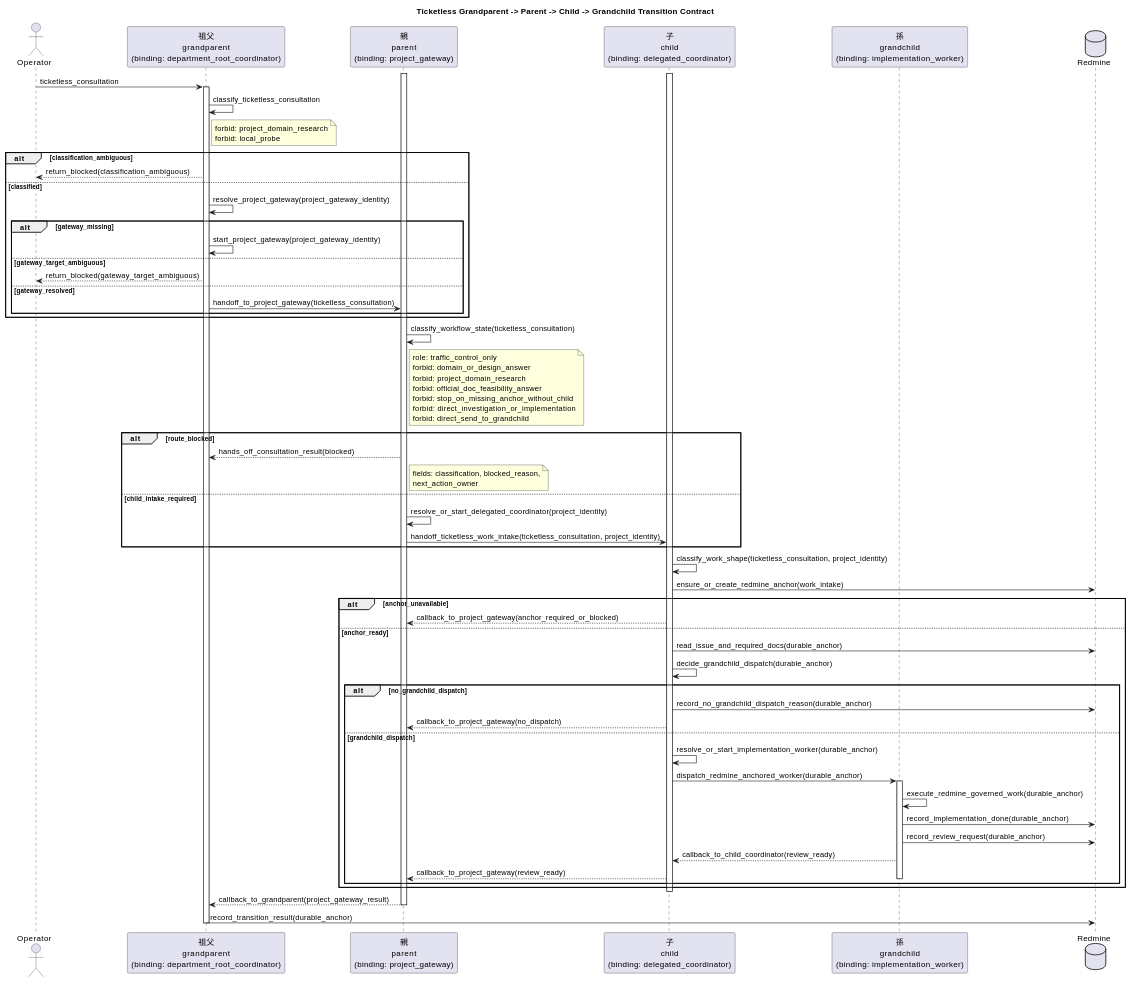
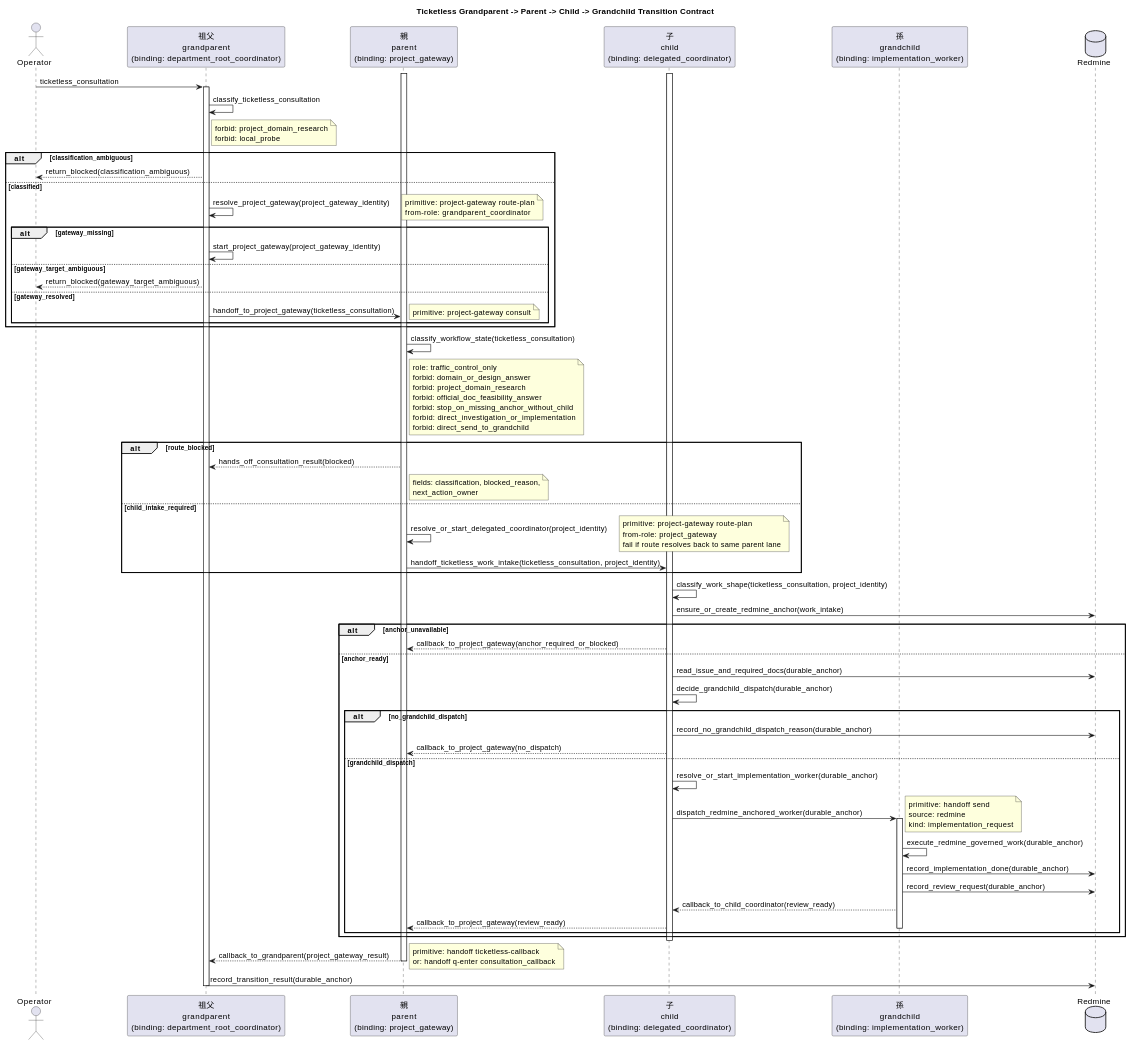
One commit to hollySizzle/mozyo_bridge changed the diagram in vibes/docs/logics/ticketless-project-gateway-runtime-ux.md. Above: the diagram before and after it, drawn with PlantUML. The commit also changed other lines of this file, not shown here.

First line of the commit message:
Fix ticketless gateway primitive contract

```diff
--- a/vibes/docs/logics/ticketless-project-gateway-runtime-ux.md
+++ b/vibes/docs/logics/ticketless-project-gateway-runtime-ux.md
@@ -337,12 +339,19 @@
   Grandparent --> Operator: return_blocked(classification_ambiguous)
 else classified
   Grandparent -> Grandparent: resolve_project_gateway(project_gateway_identity)
+  note right
+    primitive: project-gateway route-plan
+    from-role: grandparent_coordinator
+  end note
   alt gateway_missing
     Grandparent -> Grandparent: start_project_gateway(project_gateway_identity)
   else gateway_target_ambiguous
     Grandparent --> Operator: return_blocked(gateway_target_ambiguous)
   else gateway_resolved
     Grandparent -> Parent: handoff_to_project_gateway(ticketless_consultation)
+    note right
+      primitive: project-gateway consult
+    end note
   end
 end
 
@@ -366,6 +375,11 @@
   end note
 else child_intake_required
   Parent -> Parent: resolve_or_start_delegated_coordinator(project_identity)
+  note right
+    primitive: project-gateway route-plan
+    from-role: project_gateway
+    fail if route resolves back to same parent lane
+  end note
   Parent -> Child: handoff_ticketless_work_intake(ticketless_consultation, project_identity)
 end
 
@@ -383,6 +397,11 @@
   else grandchild_dispatch
     Child -> Child: resolve_or_start_implementation_worker(durable_anchor)
     Child -> Grandchild: dispatch_redmine_anchored_worker(durable_anchor)
+    note right
+      primitive: handoff send
+      source: redmine
+      kind: implementation_request
+    end note
     activate Grandchild
     Grandchild -> Grandchild: execute_redmine_governed_work(durable_anchor)
     Grandchild -> Redmine: record_implementation_done(durable_anchor)
@@ -395,6 +414,10 @@
 deactivate Child
 
 Parent --> Grandparent: callback_to_grandparent(project_gateway_result)
+note right
+  primitive: handoff ticketless-callback
+  or: handoff q-enter consultation_callback
+end note
 deactivate Parent
 Grandparent -> Redmine: record_transition_result(durable_anchor)
 deactivate Grandparent
```
